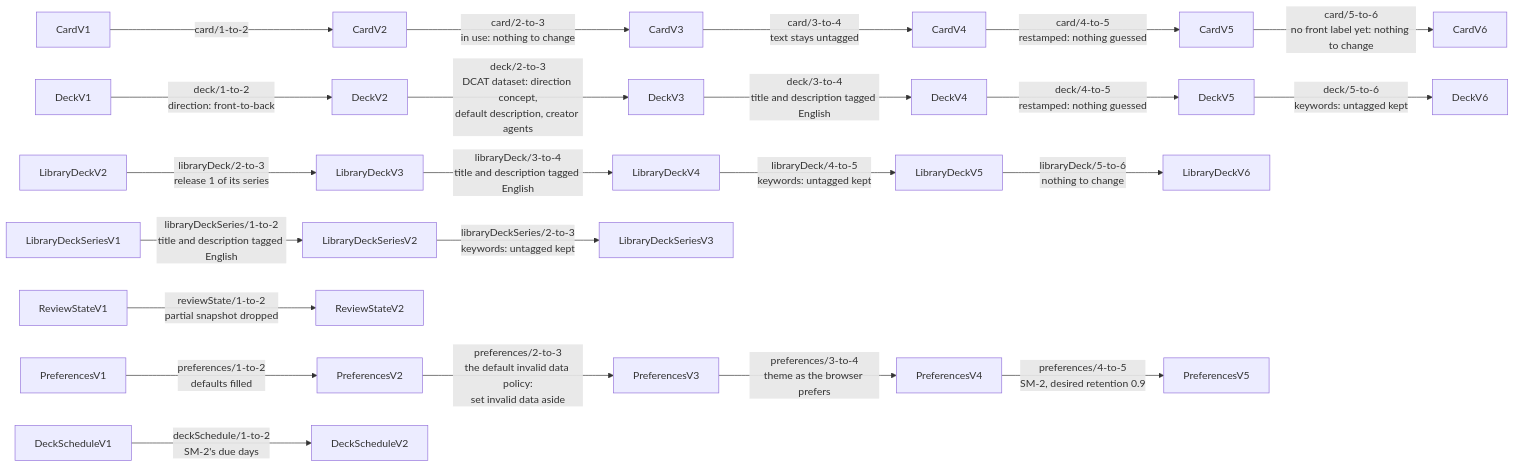
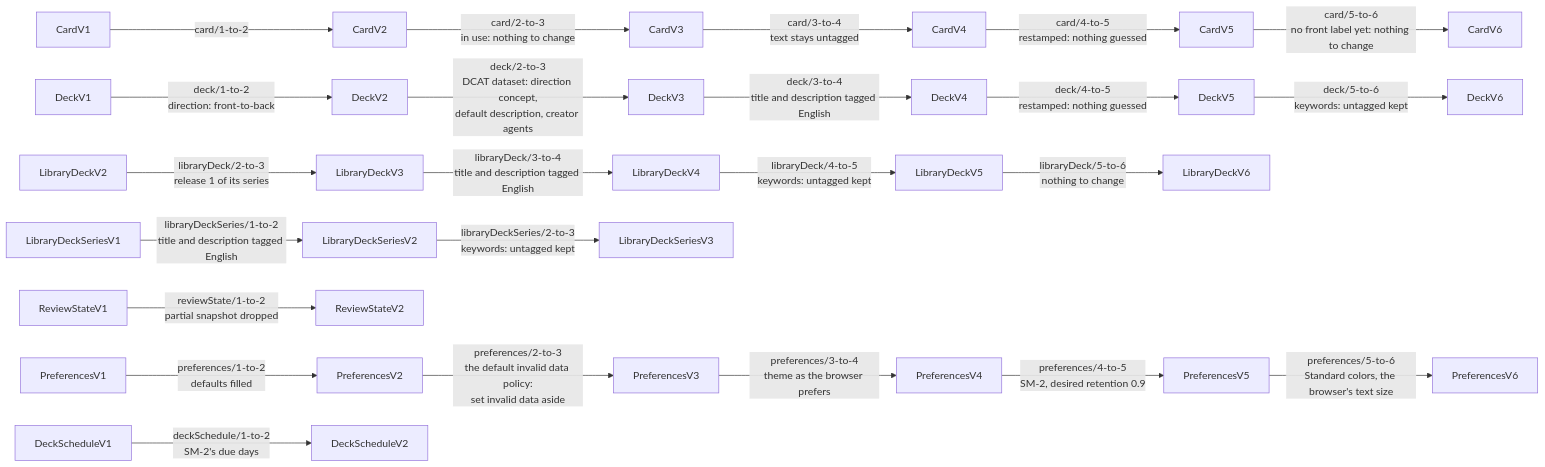
One commit to solid-memo/website changed the first of 3 diagrams in docs/migrations.md. Above: the diagram before and after it, drawn with Mermaid. The commit also changed other lines of this file and 59 other files, not shown here.

````diff
--- a/docs/migrations.md
+++ b/docs/migrations.md
@@ -380,27 +402,28 @@
 ```mermaid
 flowchart LR
     accTitle: The migration chain
     accDescr: Each shape's record versions in order, with the migration that takes one version to the next.
     v1["CardV1"] -->|card/1-to-2| v2["CardV2"]
     v2 -->|card/2-to-3<br/>in use: nothing to change| v3["CardV3"]
     v3 -->|card/3-to-4<br/>text stays untagged| v4["CardV4"]
     v4 -->|card/4-to-5<br/>restamped: nothing guessed| v5["CardV5"]
     v5 -->|card/5-to-6<br/>no front label yet: nothing to change| v6["CardV6"]
     d1["DeckV1"] -->|deck/1-to-2<br/>direction: front-to-back| d2["DeckV2"]
     d2 -->|deck/2-to-3<br/>DCAT dataset: direction concept,<br/>default description, creator agents| d3["DeckV3"]
     d3 -->|deck/3-to-4<br/>title and description tagged English| d4["DeckV4"]
     d4 -->|deck/4-to-5<br/>restamped: nothing guessed| d5["DeckV5"]
     d5 -->|deck/5-to-6<br/>keywords: untagged kept| d6["DeckV6"]
     l2["LibraryDeckV2"] -->|libraryDeck/2-to-3<br/>release 1 of its series| l3["LibraryDeckV3"]
     l3 -->|libraryDeck/3-to-4<br/>title and description tagged English| l4["LibraryDeckV4"]
     l4 -->|libraryDeck/4-to-5<br/>keywords: untagged kept| l5["LibraryDeckV5"]
     l5 -->|libraryDeck/5-to-6<br/>nothing to change| l6["LibraryDeckV6"]
     s1["LibraryDeckSeriesV1"] -->|libraryDeckSeries/1-to-2<br/>title and description tagged English| s2["LibraryDeckSeriesV2"]
     s2 -->|libraryDeckSeries/2-to-3<br/>keywords: untagged kept| s3["LibraryDeckSeriesV3"]
     r1["ReviewStateV1"] -->|reviewState/1-to-2<br/>partial snapshot dropped| r2["ReviewStateV2"]
     p1["PreferencesV1"] -->|preferences/1-to-2<br/>defaults filled| p2["PreferencesV2"]
     p2 -->|preferences/2-to-3<br/>the default invalid data policy:<br/>set invalid data aside| p3["PreferencesV3"]
     p3 -->|preferences/3-to-4<br/>theme as the browser prefers| p4["PreferencesV4"]
     p4 -->|preferences/4-to-5<br/>SM-2, desired retention 0.9| p5["PreferencesV5"]
+    p5 -->|preferences/5-to-6<br/>Standard colors, the browser's text size| p6["PreferencesV6"]
     ds1["DeckScheduleV1"] -->|deckSchedule/1-to-2<br/>SM-2's due days| ds2["DeckScheduleV2"]
 ```
````
